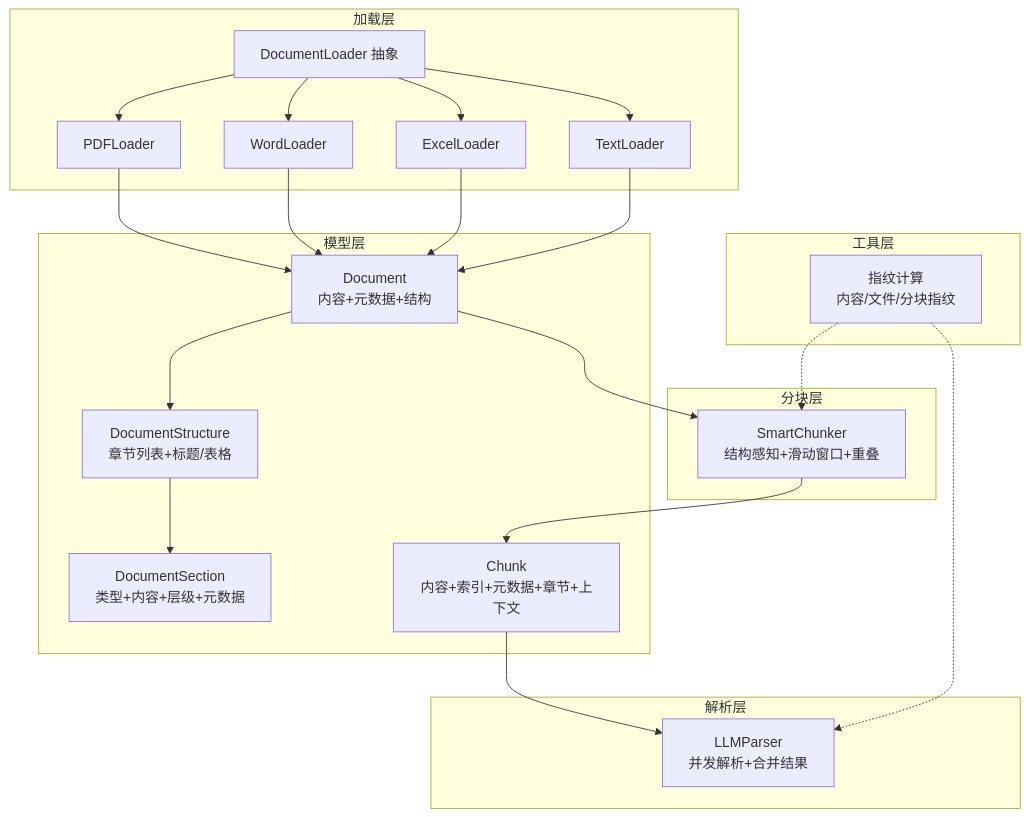
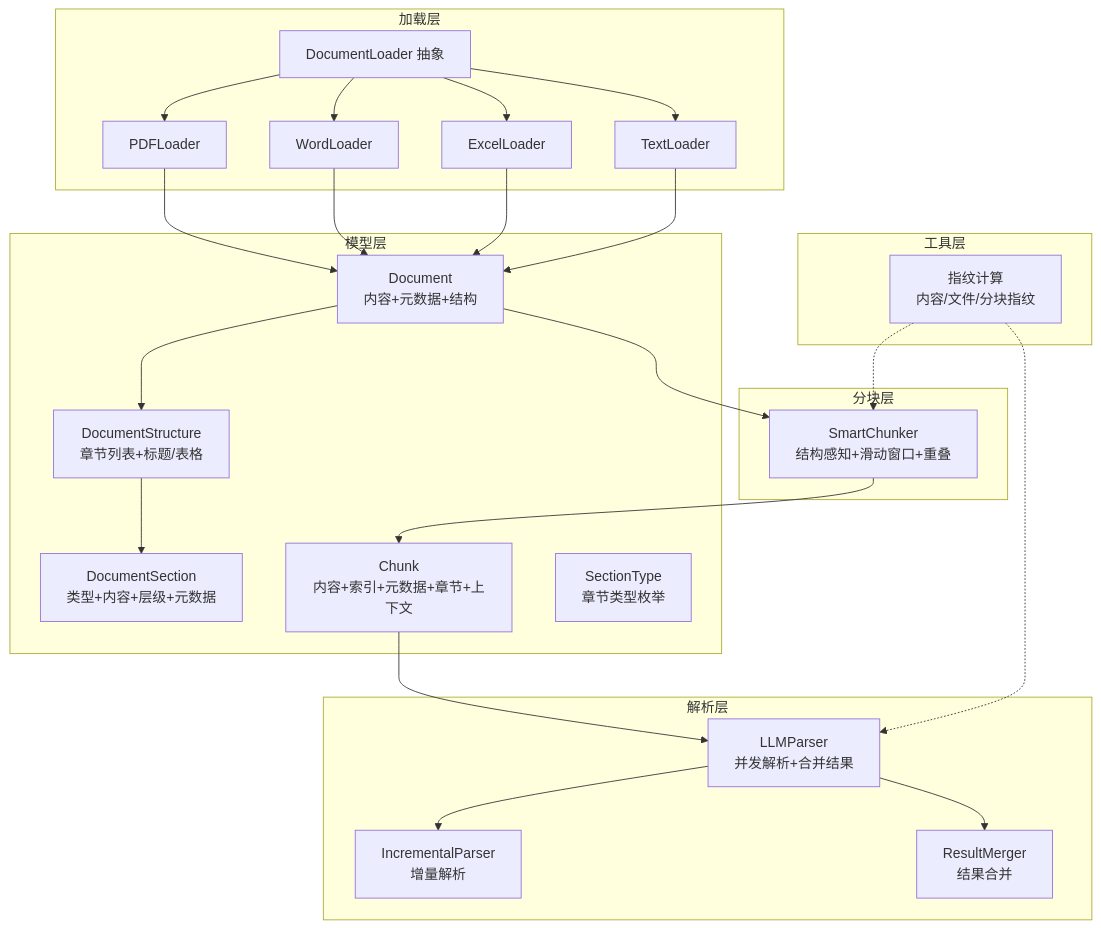
One commit to wowzhangji/doc_ai_parser changed the first of 8 diagrams in .qoder/repowiki/zh/content/数据模型设计/文档模型.md. Above: the diagram before and after it, drawn with Mermaid. The commit also changed other lines of this file and 25 other files, not shown here.

````diff
--- a/.qoder/repowiki/zh/content/数据模型设计/文档模型.md
+++ b/.qoder/repowiki/zh/content/数据模型设计/文档模型.md
@@ -40,40 +52,45 @@
 ```mermaid
 graph TB
 subgraph "模型层"
 D["Document<br/>内容+元数据+结构"]
 DS["DocumentStructure<br/>章节列表+标题/表格"]
 DC["DocumentSection<br/>类型+内容+层级+元数据"]
 C["Chunk<br/>内容+索引+元数据+章节+上下文"]
+ST["SectionType<br/>章节类型枚举"]
 end
 subgraph "加载层"
 L["DocumentLoader 抽象"]
 LPDF["PDFLoader"]
 LDOCX["WordLoader"]
 LXLSX["ExcelLoader"]
 LTXT["TextLoader"]
 end
 subgraph "分块层"
 SC["SmartChunker<br/>结构感知+滑动窗口+重叠"]
 end
 subgraph "解析层"
 PARSER["LLMParser<br/>并发解析+合并结果"]
+INC["IncrementalParser<br/>增量解析"]
+MER["ResultMerger<br/>结果合并"]
 end
 subgraph "工具层"
 FP["指纹计算<br/>内容/文件/分块指纹"]
 end
 L --> LPDF
 L --> LDOCX
 L --> LXLSX
 L --> LTXT
 LPDF --> D
 LDOCX --> D
 LXLSX --> D
 LTXT --> D
 D --> DS
 DS --> DC
 D --> SC
 SC --> C
 C --> PARSER
+PARSER --> INC
+PARSER --> MER
 FP -.-> PARSER
 FP -.-> SC
 ```
````
